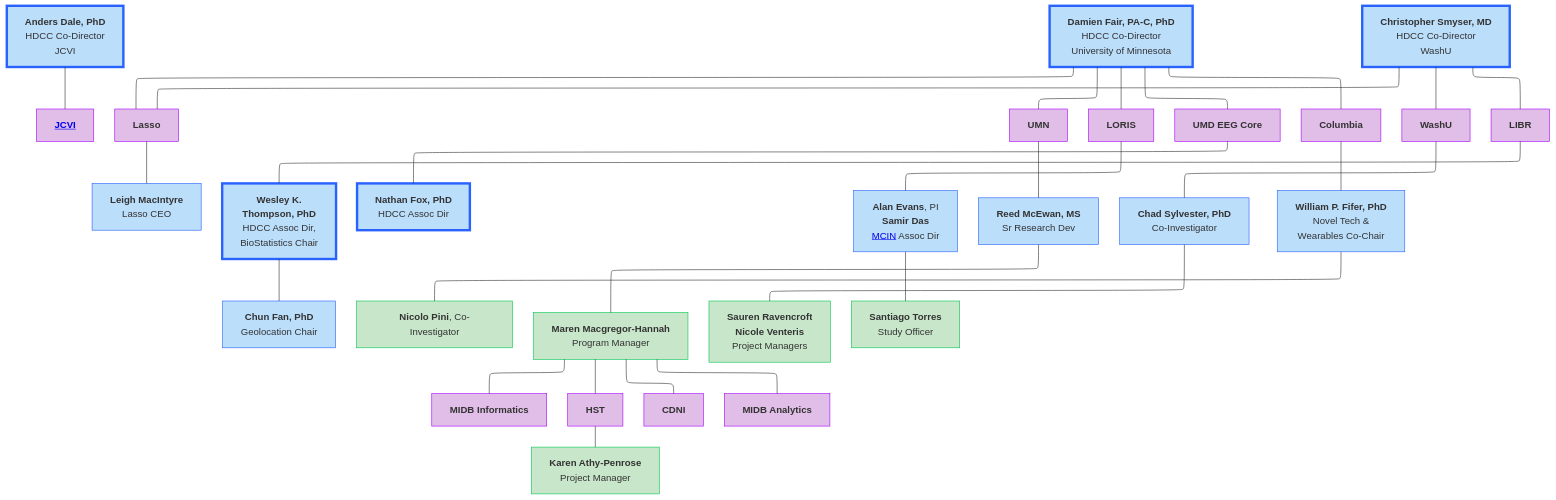
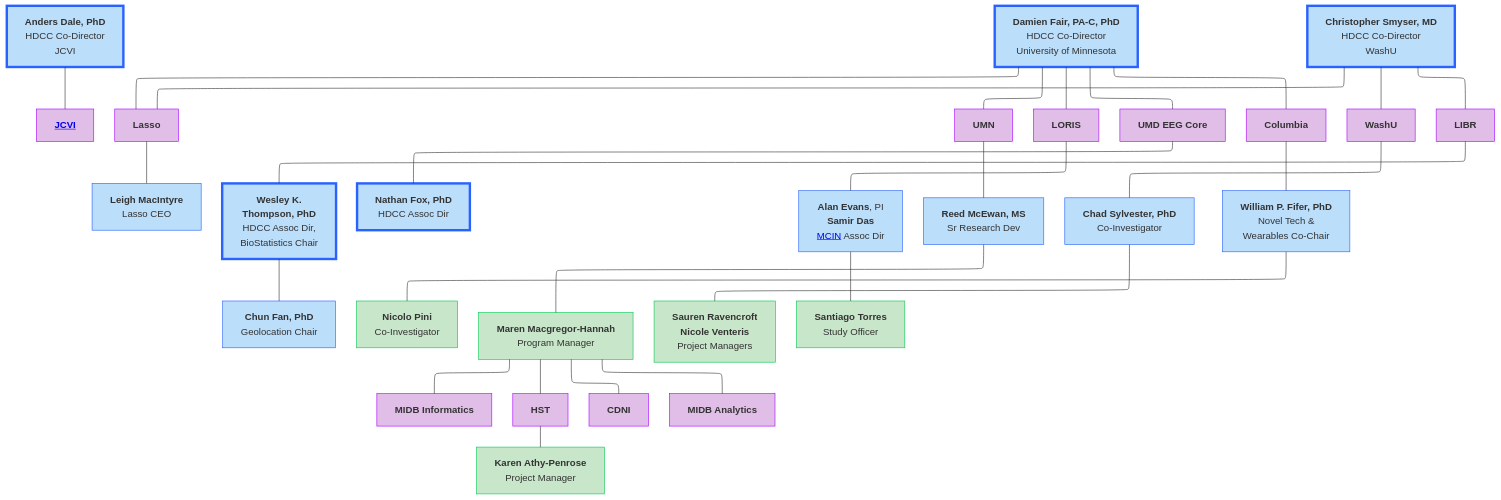
One commit to DCAN-Labs/hbcd-docs-internal changed the first of 12 diagrams in docs/orgcharts.md. Above: the diagram before and after it, drawn with Mermaid.

Commit message:
try to add nicolo title to overview

````diff
--- a/docs/orgcharts.md
+++ b/docs/orgcharts.md
@@ -28,67 +28,67 @@
 ```mermaid
 ---
 config:
   layout: elk
 ---
 flowchart TB
     n2["<b>Anders Dale, PhD<br></b>HDCC Co-Director<br>JCVI"] --- jcvi["<a href="#j-craig-venter-institute" target="_top"><b>JCVI</b></a>"]
     E["<b>Damien Fair, PA-C, PhD</b><br>HDCC Co-Director<br>University of Minnesota"] --- lasso["<b>Lasso</b>"] & umn["<b>UMN</b>"] & n7["<b>LORIS</b>"] & n8["<b>UMD EEG Core</b>"] & n11["<b>Columbia</b>"]
     lasso --- lasso1["<b>Leigh MacIntyre</b><br>Lasso CEO"]
     n1["<b>Christopher Smyser, MD<br></b>HDCC Co-Director<br>WashU"] --- n10["<b>WashU</b>"] & n12["<b>LIBR</b>"] & lasso
     n16["<b>Wesley K.<br>Thompson, PhD</b><br>HDCC Assoc Dir,<br>BioStatistics Chair"] --- n17["<b>Chun Fan, PhD</b><br>Geolocation Chair"]
     n12 --- n16
     n8 --- n19["<b>Nathan Fox, PhD<br></b>HDCC Assoc Dir"]
     n7 --- n20["<b>Alan Evans</b>, PI<br><b>Samir Das</b><br><a href="https://mcin.ca/about-mcin/" target="_blank">MCIN</a> Assoc Dir"]
     umn --- reed["<b>Reed McEwan, MS</b><br>Sr Research Dev"]
     n10 --- n22["<b>Chad Sylvester, PhD</b><br>Co-Investigator"]
     n11 --- n18["<b>William P. Fifer, PhD</b><br>Novel Tech &<br>Wearables Co-Chair"]
-    n18 --- n34["<b>Nicolo Pini</b>, Co-Investigator"]
+    n18 --- n34["<b>Nicolo Pini</b><br>Co-Investigator"]
     reed --- n30["<b>Maren Macgregor-Hannah</b><br>Program Manager"]
     n30 --- n25["<b>MIDB Informatics</b>"]
     n30 --- n27["<b>HST</b>"]
     n30 --- n28["<b>CDNI</b>"]
     n30 --- n29["<b>MIDB Analytics</b>"]
     n27 --- n31["<b>Karen Athy-Penrose</b><br>Project Manager"]
     n22 --- n32["<b>Sauren Ravencroft<br>Nicole Venteris</b><br>Project Managers"]
     n20 --- n33["<b>Santiago Torres</b><br>Study Officer"]
     style n2 fill:#BBDEFB,stroke:#2962FF,stroke-width:4px
     style jcvi fill:#E1BEE7,stroke:#AA00FF
     style E fill:#BBDEFB,stroke:#2962FF,stroke-width:4px
     style lasso fill:#E1BEE7,stroke:#AA00FF
     style umn fill:#E1BEE7,stroke:#AA00FF
     style n7 fill:#E1BEE7,stroke:#AA00FF
     style n8 fill:#E1BEE7,stroke:#AA00FF
     style n11 fill:#E1BEE7,stroke:#AA00FF
     style lasso1 fill:#BBDEFB,stroke:#2962FF
     style n1 fill:#BBDEFB,stroke:#2962FF,stroke-width:4px
     style n10 fill:#E1BEE7,stroke:#AA00FF
     style n12 fill:#E1BEE7,stroke:#AA00FF
     style n16 fill:#BBDEFB,stroke:#2962FF,stroke-width:4px
     style n17 fill:#BBDEFB,stroke:#2962FF
     style n19 fill:#BBDEFB,stroke:#2962FF,stroke-width:4px
     style n20 fill:#BBDEFB,stroke:#2962FF
     style reed fill:#BBDEFB,stroke:#2962FF
     style n22 fill:#BBDEFB,stroke:#2962FF
     style n18 fill:#BBDEFB,stroke:#2962FF
     style n25 fill:#E1BEE7,stroke:#AA00FF
     style n27 fill:#E1BEE7,stroke:#AA00FF
     style n28 fill:#E1BEE7,stroke:#AA00FF
     style n29 fill:#E1BEE7,stroke:#AA00FF
     style n30 fill:#C8E6C9,stroke:#00C853
     style n31 fill:#C8E6C9,stroke:#00C853
     style n32 fill:#C8E6C9,stroke:#00C853
     style n33 fill:#C8E6C9,stroke:#00C853
     style n34 fill:#C8E6C9,stroke:#00C853
     click jcvi "#j-craig-venter-institute"
     click lasso "#lasso"
     click umn "#university-of-minnesota"
     click n7 "#loris"
     click n8 "#university-of-maryland"
     click n10 "#washu"
     click n25 "#midb-informatics-hub-msi"
     click n29 "#midb-analytics-hub"
     click n27 "#health-sciences-technology"
     click n28 "#center-for-developmental-neuroimaging"
     click n12 "#libr"
     click n11 "#columbia-university"
 ```
````
